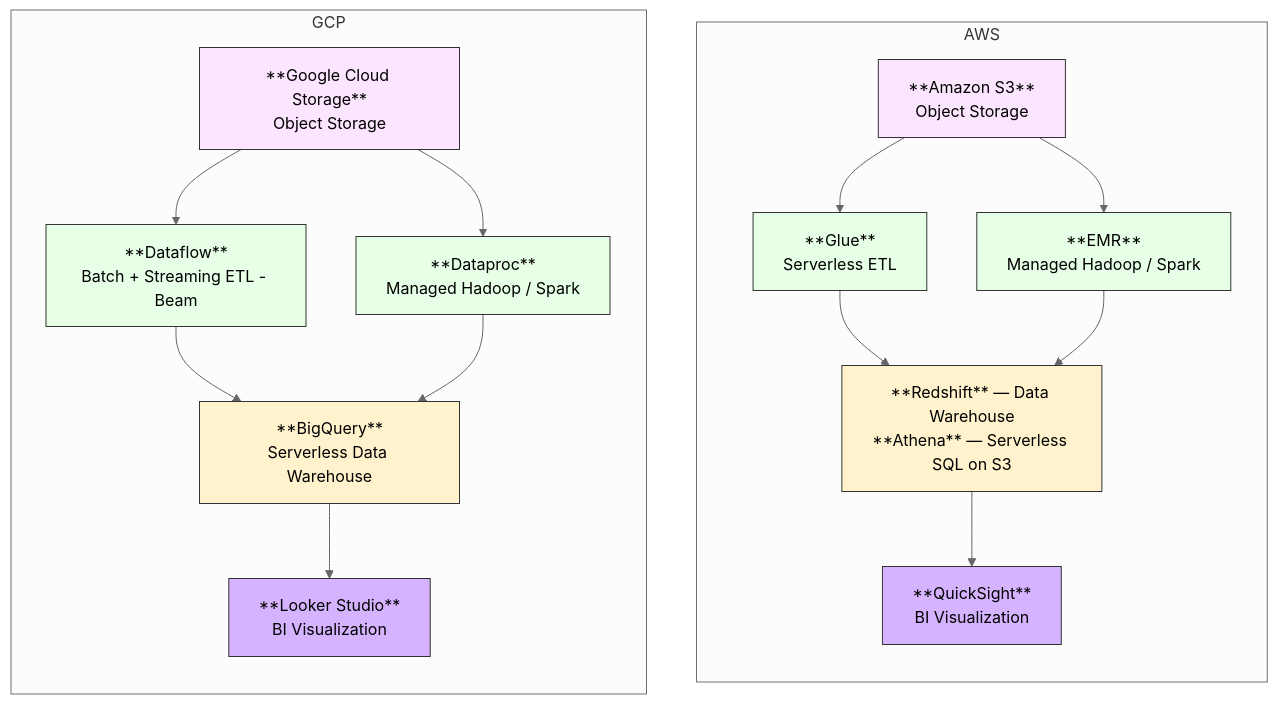
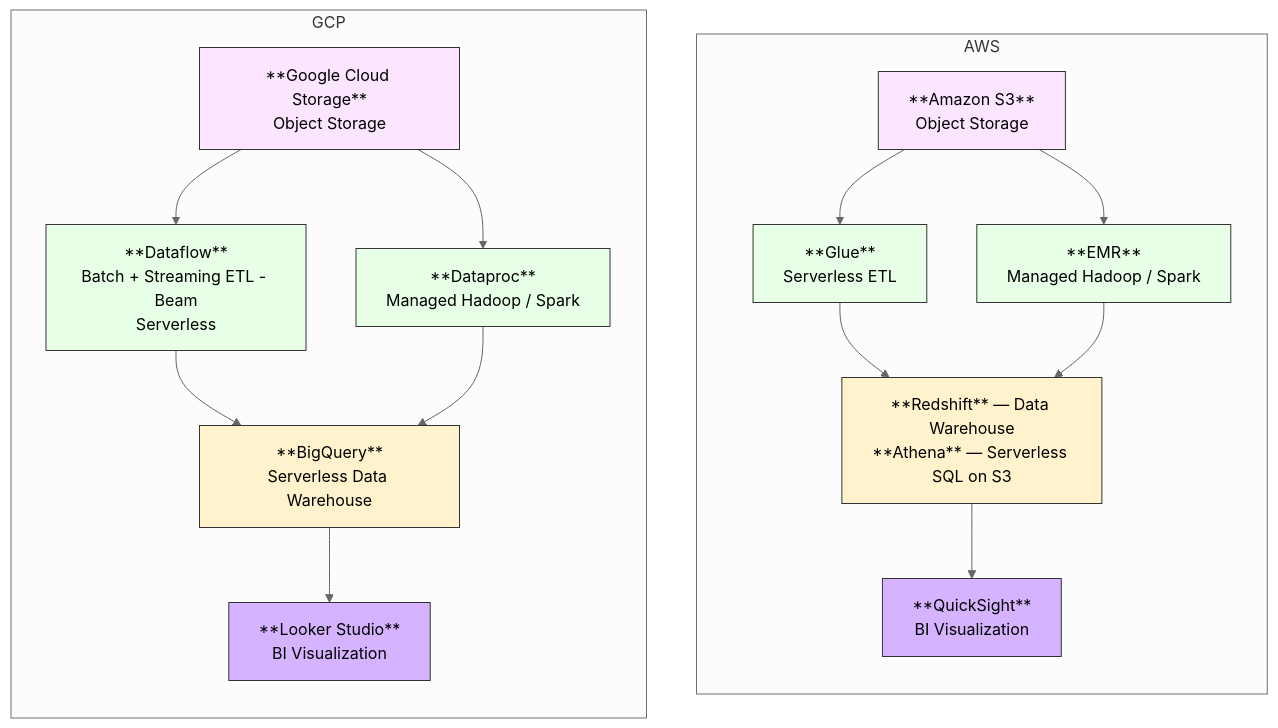
The first of 14 diagrams in README.md (blaire101/DE2-AWS-Azure-GCP-2025), drawn with Mermaid (neutral theme) before and after one commit.

````diff
--- a/README.md
+++ b/README.md
@@ -1,39 +1,39 @@
 ```mermaid
 flowchart TB
     %% === AWS Side ===
     subgraph AWS[AWS]
         direction TB
         QS[**QuickSight**<br/>BI Visualization]
         RS[**Redshift** — Data Warehouse<br/>**Athena** — Serverless SQL on S3]
         Glue[**Glue**<br/>Serverless ETL]
         EMR[**EMR**<br/>Managed Hadoop / Spark]
         S3[**Amazon S3**<br/>Object Storage]
     end
 
     %% === GCP Side ===
     subgraph GCP[GCP]
         direction TB
         Looker[**Looker Studio**<br/>BI Visualization]
         BQ[**BigQuery**<br/>Serverless Data Warehouse]
-        Dataflow[**Dataflow**<br/>Batch + Streaming ETL - Beam]
+        Dataflow[**Dataflow**<br/>Batch + Streaming ETL - Beam<br/>Serverless ]
         Dataproc[**Dataproc**<br/>Managed Hadoop / Spark]
         GCS[**Google Cloud Storage**<br/>Object Storage]
     end
 
     %% === Flow Arrows ===
     S3 --> Glue --> RS --> QS
     S3 --> EMR --> RS
     GCS --> Dataflow --> BQ --> Looker
     GCS --> Dataproc --> BQ
 
     %% === Styles ===
     classDef storage fill:#fce5ff,stroke:#333,stroke-width:1px;
     classDef process fill:#e6ffe6,stroke:#333,stroke-width:1px;
     classDef warehouse fill:#fff2cc,stroke:#333,stroke-width:1px;
     classDef bi fill:#d5b3ff,stroke:#333,stroke-width:1px;
 
     class S3,GCS storage;
     class EMR,Dataproc,Glue,Dataflow process;
     class RS,BQ warehouse;
     class QS,Looker bi;
 ```
````
